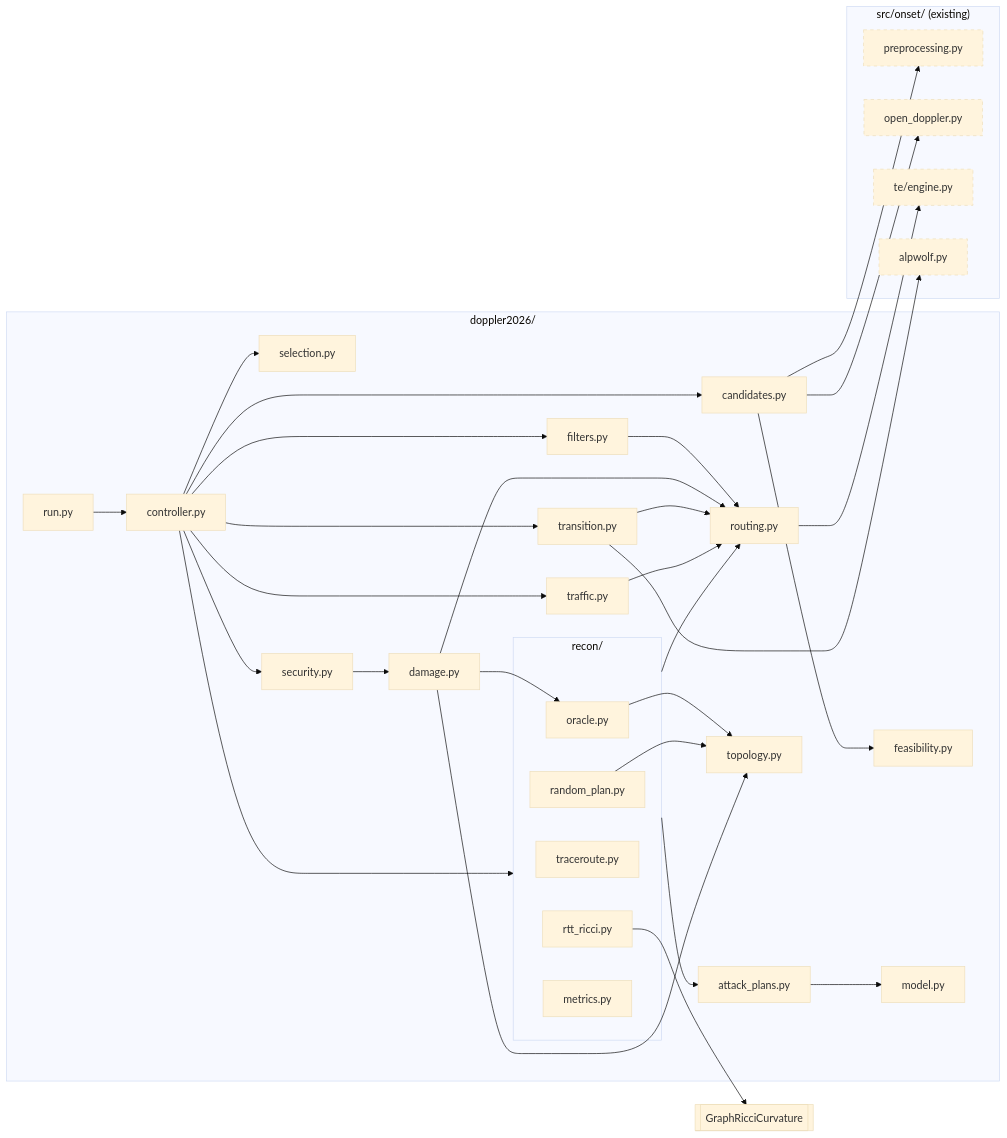
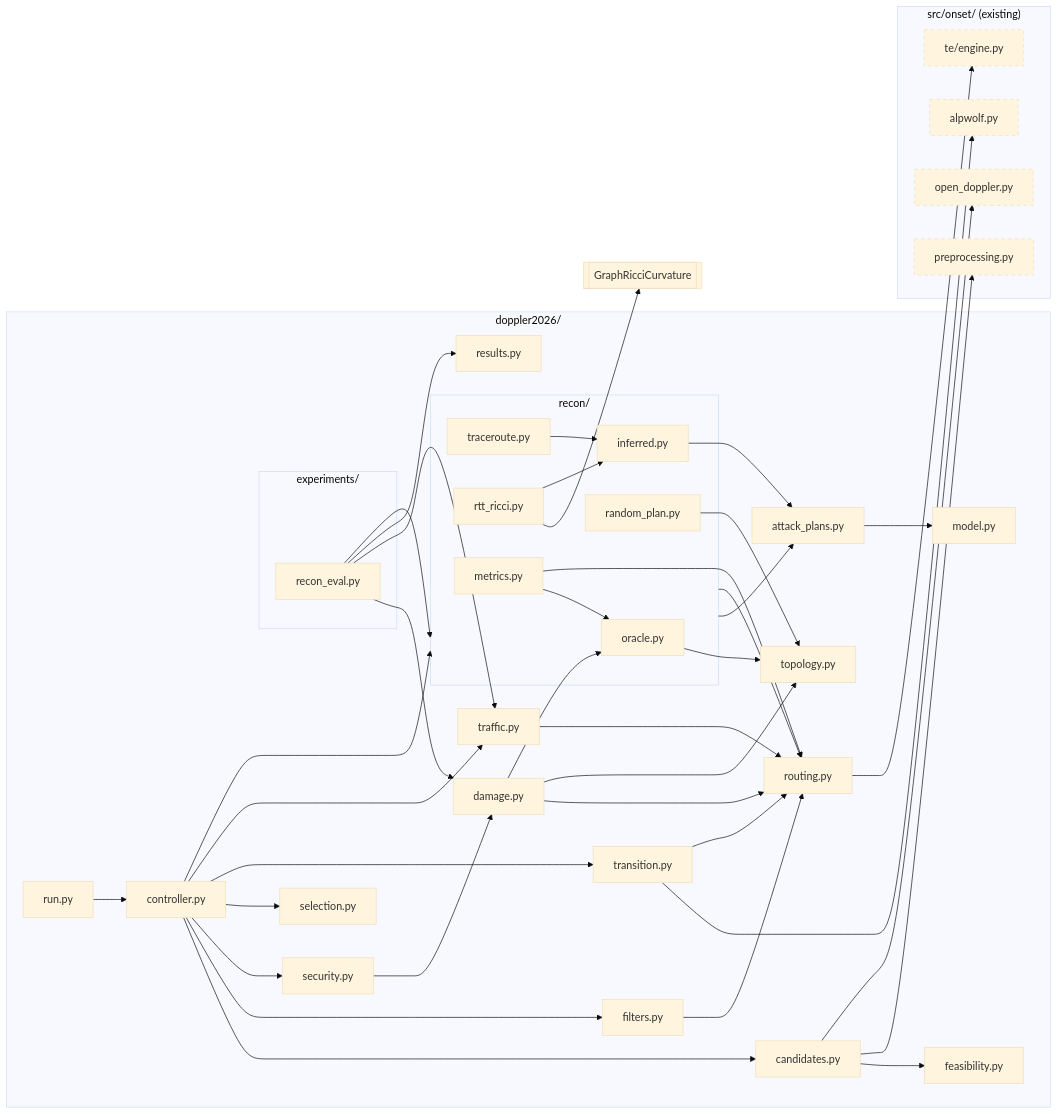
One commit to valkyorl/doppler-expansion-and-testing changed the diagram in doppler2026/docs/diagrams/modules.md. Above: the diagram before and after it, drawn with Mermaid (base theme). The commit also changed 38 other files, not shown here.

````diff
--- a/doppler2026/docs/diagrams/modules.md
+++ b/doppler2026/docs/diagrams/modules.md
@@ -7,53 +7,62 @@
 ```mermaid
 flowchart LR
     subgraph d26["doppler2026/"]
         run["run.py"]
         controller["controller.py"]
         transition["transition.py"]
         selection["selection.py"]
         security["security.py"]
         filters["filters.py"]
         candidates["candidates.py"]
         feasibility["feasibility.py"]
         damage["damage.py"]
         plans["attack_plans.py"]
         routing["routing.py"]
         traffic["traffic.py"]
         topo["topology.py"]
         model["model.py"]
         subgraph recon["recon/"]
             oracle["oracle.py"]
             rnd["random_plan.py"]
             tr["traceroute.py"]
             rtt["rtt_ricci.py"]
             metrics["metrics.py"]
+            inferred["inferred.py"]
         end
+        subgraph exps["experiments/"]
+            recon_eval["recon_eval.py"]
+        end
+        results["results.py"]
     end
 
     subgraph shared["src/onset/ (existing)"]
         pre["preprocessing.py"]
         od["open_doppler.py"]
         te["te/engine.py"]
         wolf["alpwolf.py"]
     end
 
     grc[["GraphRicciCurvature"]]
 
     run --> controller
     controller --> candidates & filters & security & selection & transition & traffic
     controller --> recon
     candidates --> feasibility & pre & od
     filters --> routing
     security --> damage
     damage --> routing & oracle
     transition --> wolf & routing
     recon --> plans & routing
     rtt --> grc
+    tr & rtt --> inferred
+    inferred --> plans
+    metrics --> oracle & routing
+    recon_eval --> recon & damage & traffic & results
     routing --> te
     traffic --> routing
     oracle & rnd & damage --> topo
     plans --> model
 
     classDef existing stroke-dasharray: 5 5
     class pre,od,te,wolf existing
 ```
````
